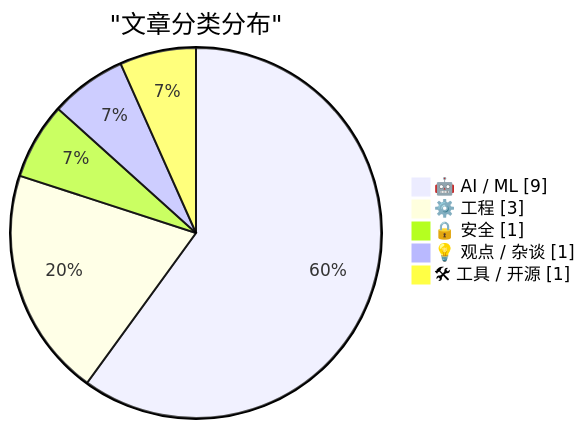
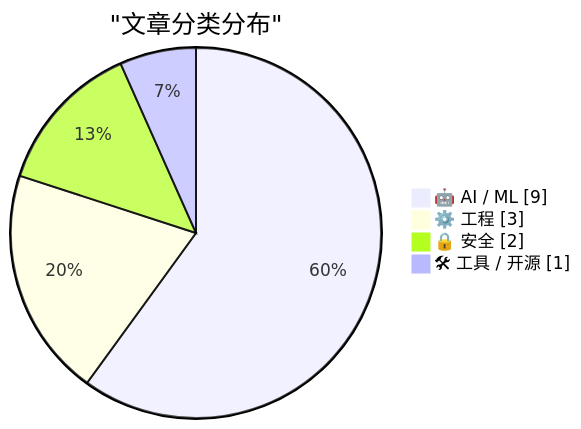
Before and after one commit to AustinWp/ai-daily-digest: the first of 2 diagrams in digests/digest-20260303.md, drawn with Mermaid. The commit also changed other lines of this file, not shown here.

````diff
--- a/digests/digest-20260303.md
+++ b/digests/digest-20260303.md
@@ -574,9 +389,8 @@
 ```mermaid
 pie showData
     title "文章分类分布"
     "🤖 AI / ML" : 9
     "⚙️ 工程" : 3
-    "🔒 安全" : 1
-    "💡 观点 / 杂谈" : 1
+    "🔒 安全" : 2
     "🛠 工具 / 开源" : 1
 ```
````
